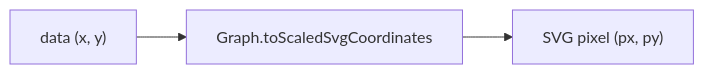
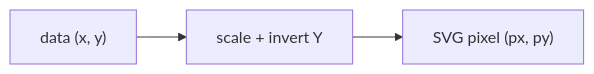
Before and after one commit to ChrisNikkel/GraphVG: the second of 4 diagrams in DESIGN.md, drawn with Mermaid.

Commit message:
Update design documentation: clarify coordinate transformation process by renaming flowchart node

````diff
--- a/DESIGN.md
+++ b/DESIGN.md
@@ -66,7 +66,7 @@
 ```mermaid
 flowchart LR
     A["data (x, y)"]
-    B["Graph.toScaledSvgCoordinates"]
+    B["scale + invert Y"]
     C["SVG pixel (px, py)"]
     A --> B --> C
 ```
````
